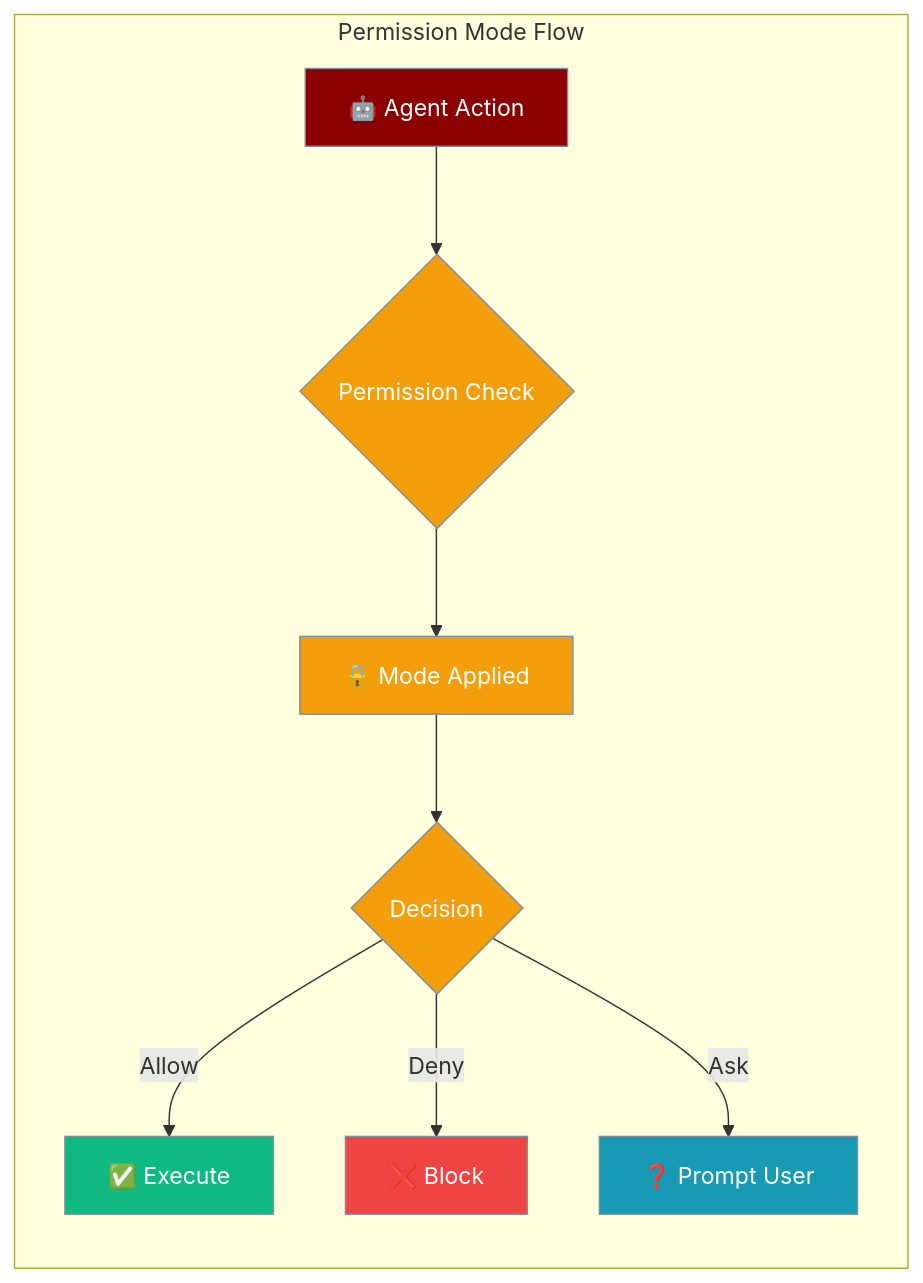
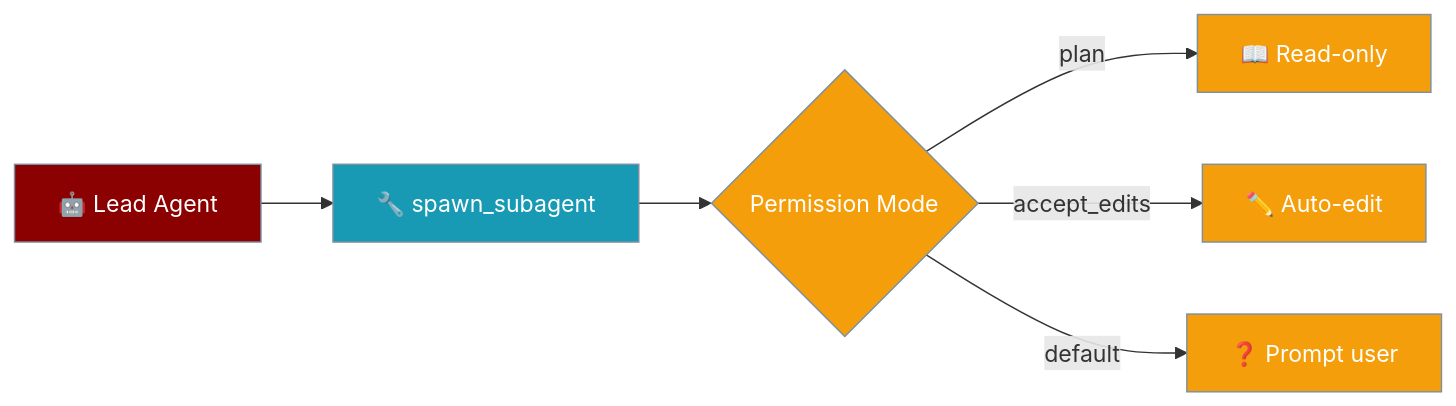
The first of 2 diagrams in docs/features/permission-modes.mdx (MervinPraison/PraisonAIDocs), drawn with Mermaid before and after one commit. The commit also changed other lines of this file and 4 other files, not shown here.

````diff
--- a/docs/features/permission-modes.mdx
+++ b/docs/features/permission-modes.mdx
@@ -18,23 +28,16 @@
 ```mermaid
 graph LR
-    subgraph "Permission Mode Flow"
-        A[🤖 Agent Action] --> B{Permission Check}
-        B --> C[🔒 Mode Applied]
-        C --> D{Decision}
-        D -->|Allow| E[✅ Execute]
-        D -->|Deny| F[❌ Block]
-        D -->|Ask| G[❓ Prompt User]
-    end
-    
+    Agent[🤖 Lead Agent] --> Spawn[🔧 spawn_subagent]
+    Spawn --> Mode{Permission Mode}
+    Mode -->|plan| Read[📖 Read-only]
+    Mode -->|accept_edits| Edit[✏️ Auto-edit]
+    Mode -->|default| Ask[❓ Prompt user]
+
     classDef agent fill:#8B0000,stroke:#7C90A0,color:#fff
-    classDef check fill:#F59E0B,stroke:#7C90A0,color:#fff
-    classDef result fill:#10B981,stroke:#7C90A0,color:#fff
-    classDef block fill:#EF4444,stroke:#7C90A0,color:#fff
-    classDef ask fill:#189AB4,stroke:#7C90A0,color:#fff
-    
-    class A agent
-    class B,C,D check
-    class E result
-    class F block
-    class G ask
+    classDef tool fill:#189AB4,stroke:#7C90A0,color:#fff
+    classDef mode fill:#F59E0B,stroke:#7C90A0,color:#fff
+
+    class Agent agent
+    class Spawn tool
+    class Mode,Read,Edit,Ask mode
 ```
````
